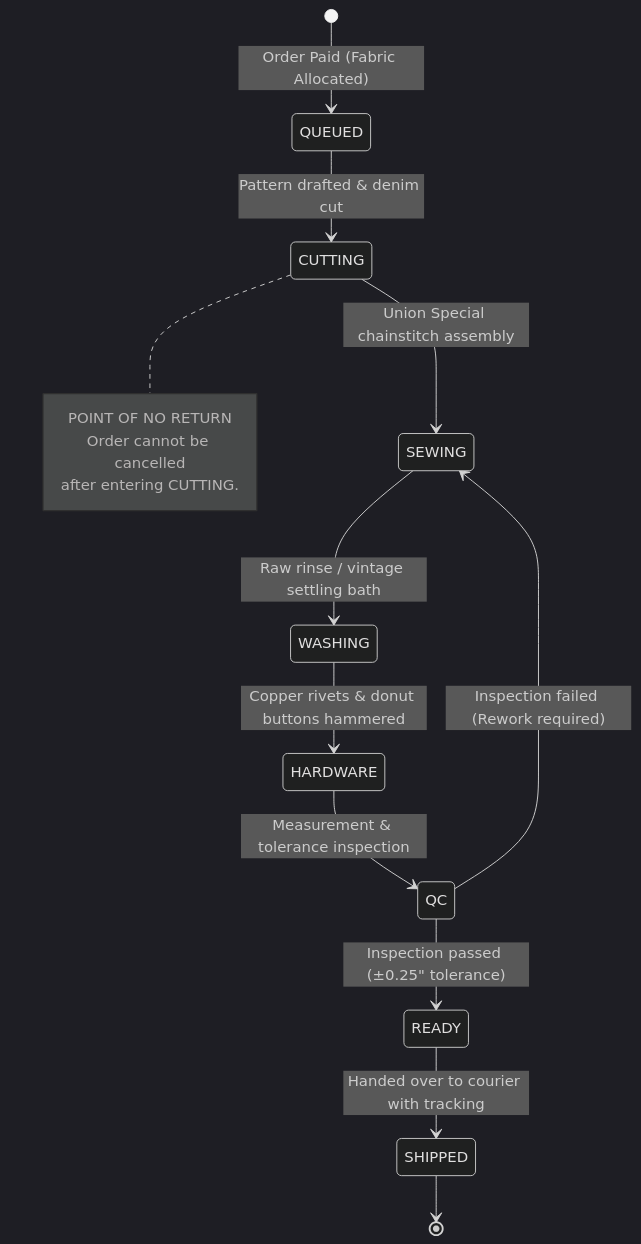
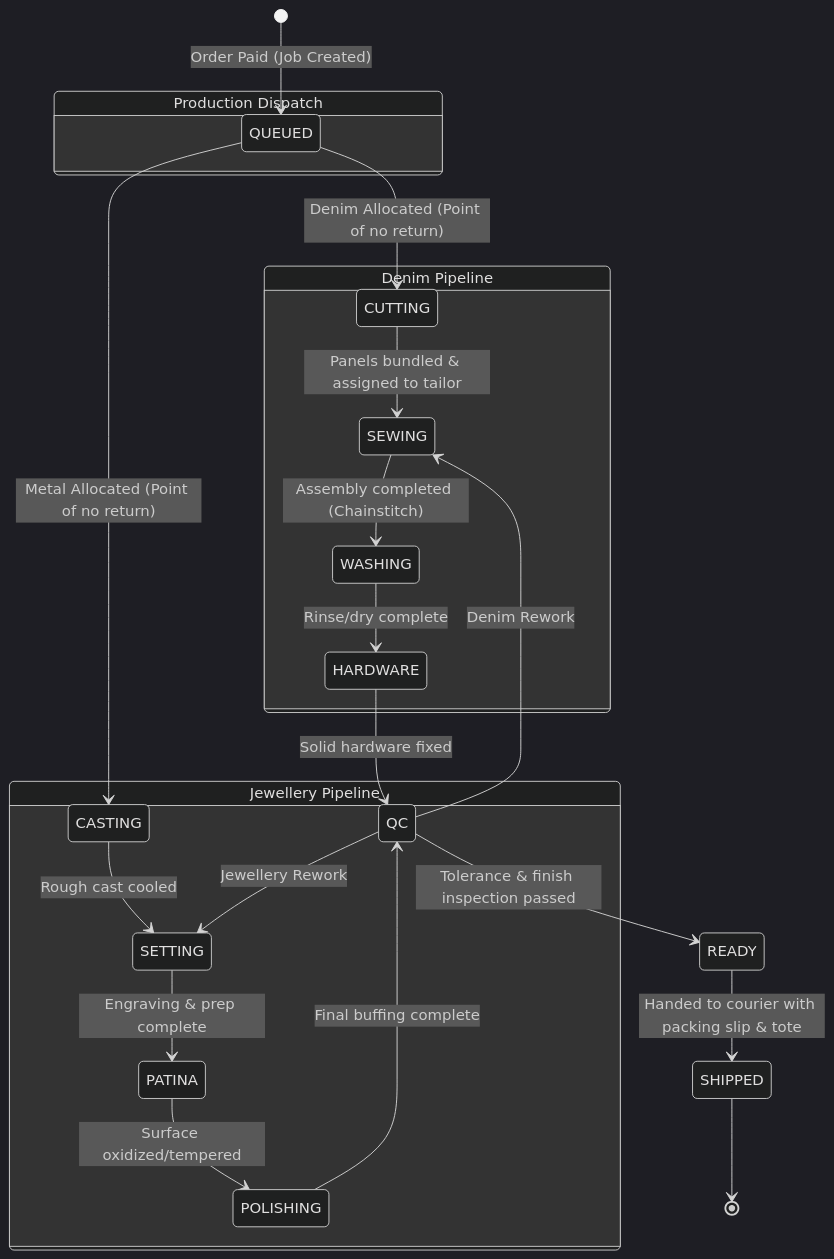
The second of 10 diagrams in docs/product/PRODUCT-CONTRACT.md (Sarthak2233/Jeanius), drawn with Mermaid (dark theme) before and after one commit. The commit also changed other lines of this file and 27 other files, not shown here.

First line of the commit message:
feat(core): integrate jewellery vertical into domain, database, and pipeline

````diff
--- a/docs/product/PRODUCT-CONTRACT.md
+++ b/docs/product/PRODUCT-CONTRACT.md
@@ -138,22 +138,32 @@
 ```mermaid
 stateDiagram-v2
-    [*] --> QUEUED: Order Paid (Fabric Allocated)
+    [*] --> QUEUED: Order Paid (Job Created)
     
-    QUEUED --> CUTTING: Pattern drafted & denim cut
-    note right of CUTTING
-        POINT OF NO RETURN
-        Order cannot be cancelled
-        after entering CUTTING.
-    end note
+    state "Production Dispatch" as dispatch {
+        QUEUED
+    }
     
-    CUTTING --> SEWING: Union Special chainstitch assembly
-    SEWING --> WASHING: Raw rinse / vintage settling bath
-    WASHING --> HARDWARE: Copper rivets & donut buttons hammered
-    HARDWARE --> QC: Measurement & tolerance inspection
+    QUEUED --> CUTTING: Denim Allocated (Point of no return)
+    QUEUED --> CASTING: Metal Allocated (Point of no return)
     
-    QC --> READY: Inspection passed (±0.25" tolerance)
-    QC --> SEWING: Inspection failed (Rework required)
+    state "Denim Pipeline" as denim {
+        CUTTING --> SEWING: Panels bundled & assigned to tailor
+        SEWING --> WASHING: Assembly completed (Chainstitch)
+        WASHING --> HARDWARE: Rinse/dry complete
+        HARDWARE --> QC: Solid hardware fixed
+    }
     
-    READY --> SHIPPED: Handed over to courier with tracking
+    state "Jewellery Pipeline" as jewl {
+        CASTING --> SETTING: Rough cast cooled
+        SETTING --> PATINA: Engraving & prep complete
+        PATINA --> POLISHING: Surface oxidized/tempered
+        POLISHING --> QC: Final buffing complete
+    }
+    
+    QC --> READY: Tolerance & finish inspection passed
+    QC --> SEWING: Denim Rework
+    QC --> SETTING: Jewellery Rework
+    
+    READY --> SHIPPED: Handed to courier with packing slip & tote
     SHIPPED --> [*]
 ```
````
